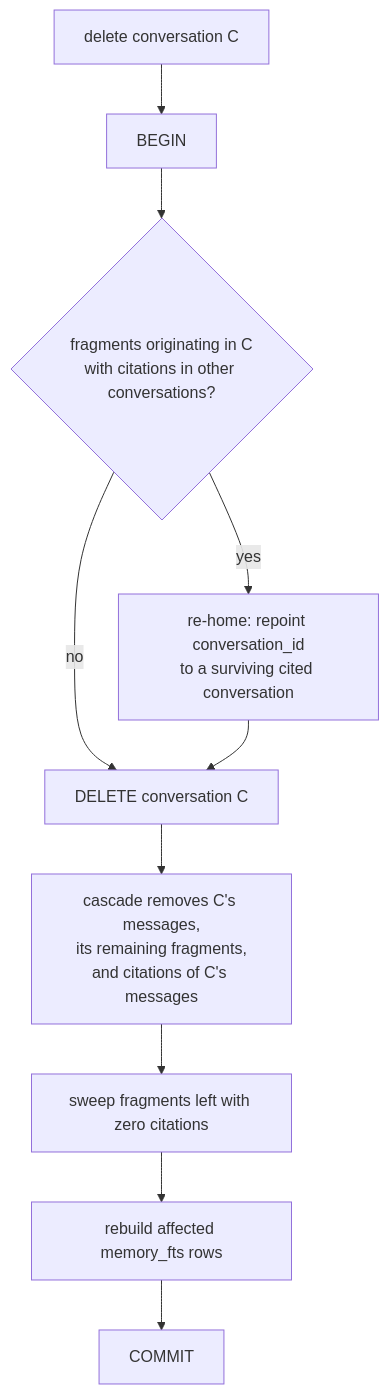
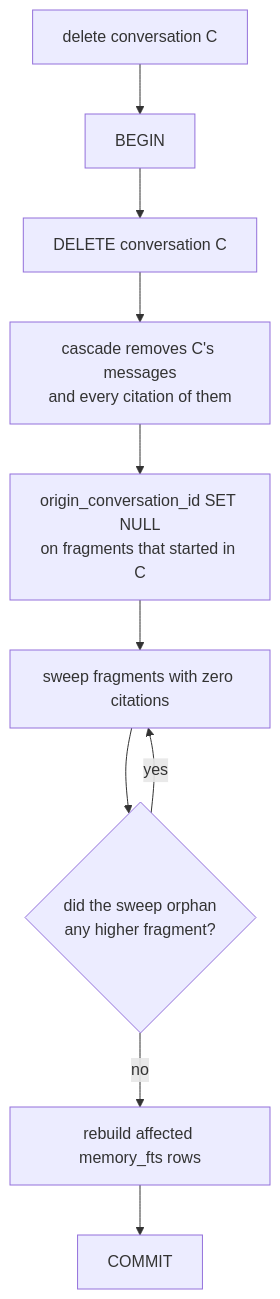
One commit to Alorcus/agent_project changed the tenth of 10 diagrams in docs/plans/memory-and-groups.md. Above: the diagram before and after it, drawn with Mermaid. The commit also changed other lines of this file, not shown here.

Commit message:
v4 memory and groups

````diff
--- a/docs/plans/memory-and-groups.md
+++ b/docs/plans/memory-and-groups.md
@@ -552,12 +659,12 @@
 ```mermaid
 flowchart TD
     start["delete conversation C"] --> tx["BEGIN"]
-    tx --> q1{"fragments originating in C<br/>with citations in other conversations?"}
-    q1 -->|yes| rehome["re-home: repoint conversation_id<br/>to a surviving cited conversation"]
-    q1 -->|no| del
-    rehome --> del["DELETE conversation C"]
-    del --> casc["cascade removes C's messages,<br/>its remaining fragments,<br/>and citations of C's messages"]
-    casc --> sweep["sweep fragments left with zero citations"]
-    sweep --> fts["rebuild affected memory_fts rows"]
+    tx --> del["DELETE conversation C"]
+    del --> casc["cascade removes C's messages<br/>and every citation of them"]
+    casc --> null["origin_conversation_id SET NULL<br/>on fragments that started in C"]
+    null --> sweep["sweep fragments with zero citations"]
+    sweep --> q1{"did the sweep orphan<br/>any higher fragment?"}
+    q1 -->|yes| sweep
+    q1 -->|no| fts["rebuild affected memory_fts rows"]
     fts --> commit["COMMIT"]
 ```
````
